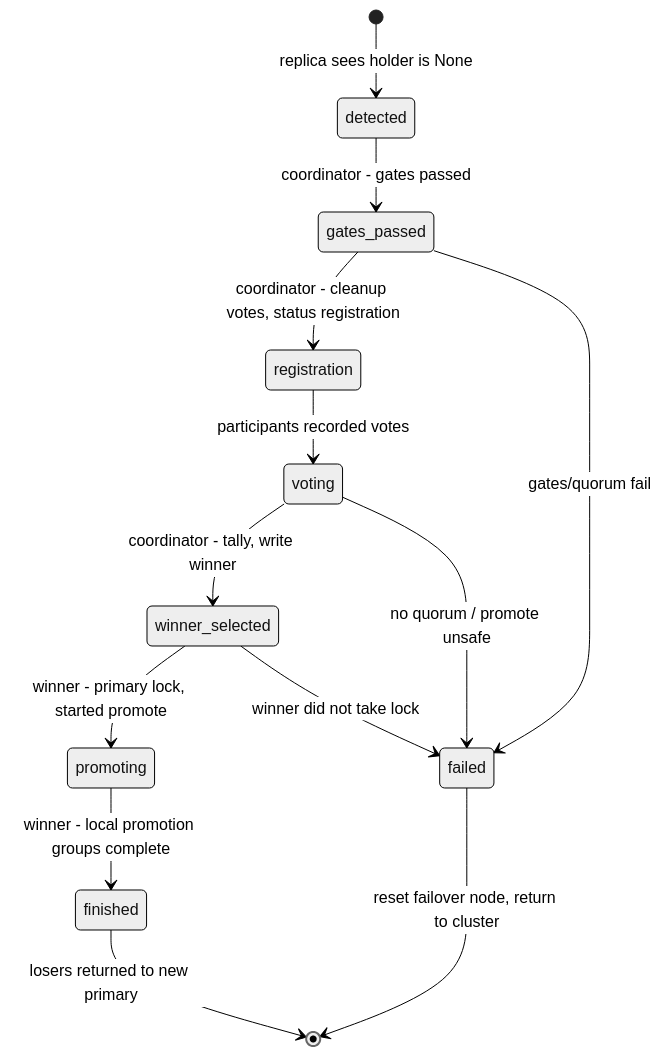
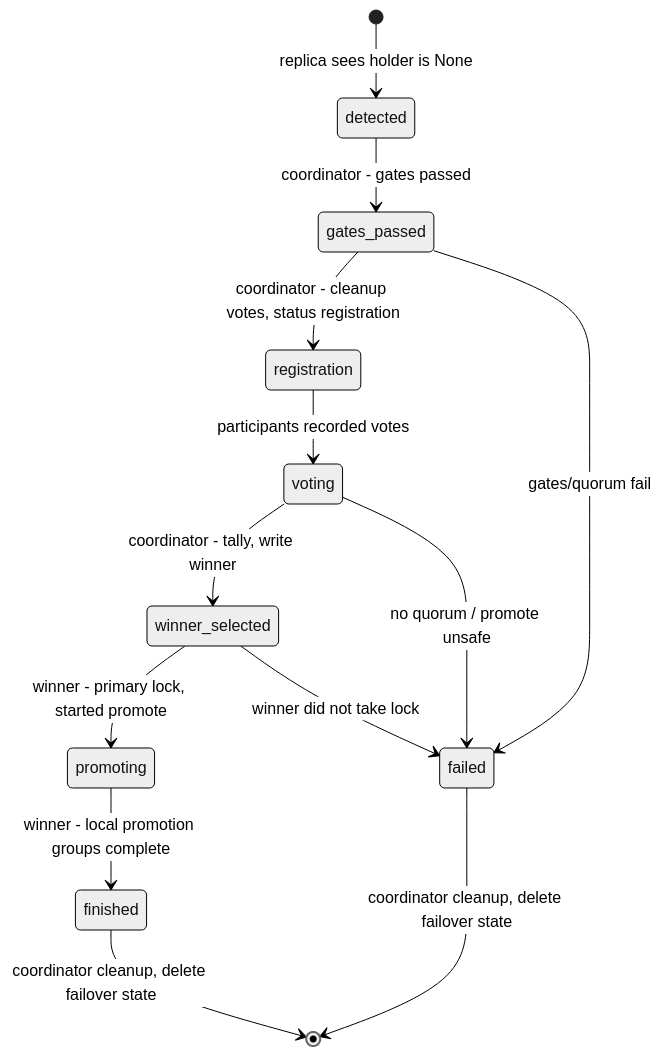
Before and after one commit to yandex/pgconsul: the diagram in adr/ADR-0007-failover-state-machine.md, drawn with Mermaid (neutral theme). The commit also changed other lines of this file and 19 other files, not shown here.

````diff
--- a/adr/ADR-0007-failover-state-machine.md
+++ b/adr/ADR-0007-failover-state-machine.md
@@ -81,15 +85,15 @@
 ```mermaid
 stateDiagram-v2
     [*] --> detected : replica sees holder is None
     detected --> gates_passed : coordinator - gates passed
     gates_passed --> registration : coordinator - cleanup votes, status registration
     registration --> voting : participants recorded votes
     voting --> winner_selected : coordinator - tally, write winner
     winner_selected --> promoting : winner - primary lock, started promote
     promoting --> finished : winner - local promotion groups complete
-    finished --> [*] : losers returned to new primary
+    finished --> [*] : coordinator cleanup, delete failover state
     gates_passed --> failed : gates/quorum fail
     voting --> failed : no quorum / promote unsafe
     winner_selected --> failed : winner did not take lock
-    failed --> [*] : reset failover node, return to cluster
+    failed --> [*] : coordinator cleanup, delete failover state
 ```
````
